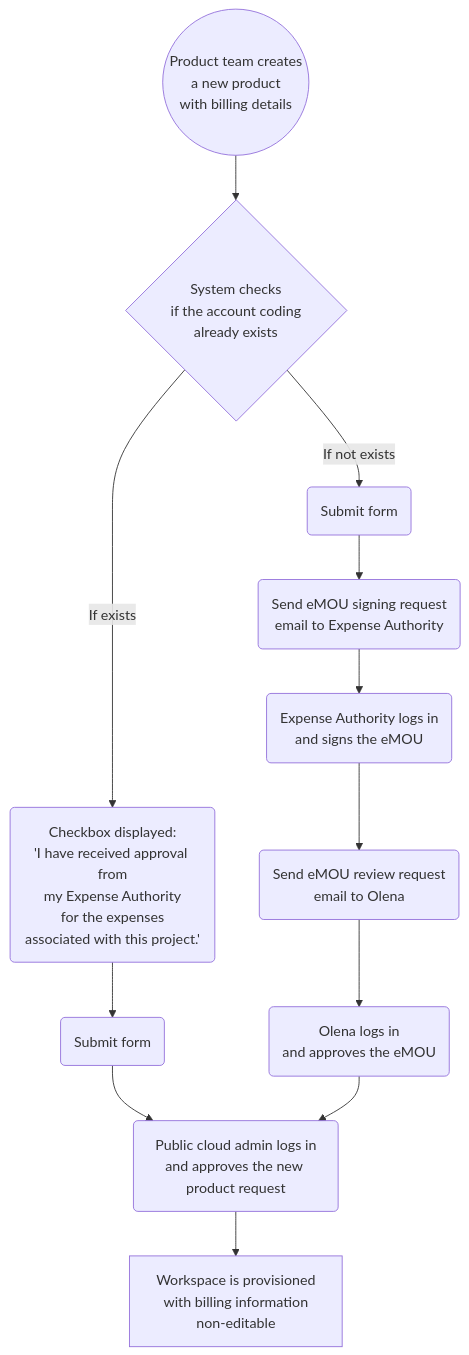
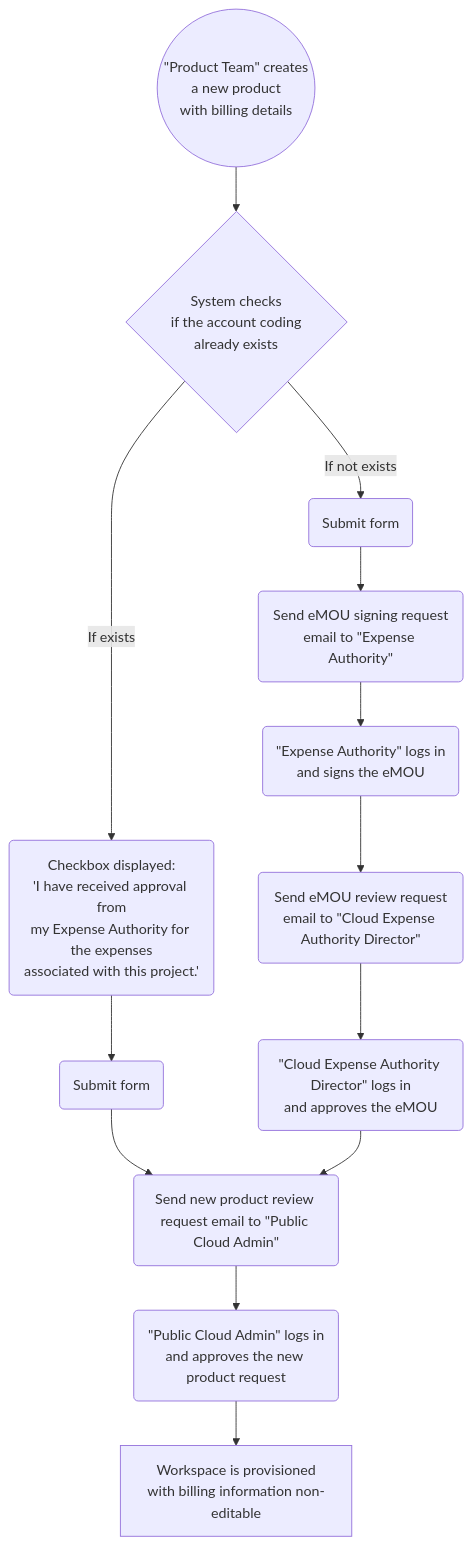
One commit to bcgov/platform-services-registry changed the diagram in docs/emou-workflow.md. Above: the diagram before and after it, drawn with Mermaid.

Commit message:
chore(3502): update eMOU diagram

````diff
--- a/docs/emou-workflow.md
+++ b/docs/emou-workflow.md
@@ -3,15 +3,16 @@
 ```mermaid
 flowchart TB
-    A((Product team creates<br>a new product<br>with billing details))
+    A((#quot;Product Team#quot; creates<br>a new product<br>with billing details))
     A --> B{System checks<br>if the account coding<br>already exists}
-    B -->|If exists| B1A(Checkbox displayed:<br>'I have received approval from<br>my Expense Authority<br>for the expenses<br>associated with this project.')
+    B -->|If exists| B1A(Checkbox displayed:<br>'I have received approval from<br>my Expense Authority for the expenses<br>associated with this project.')
     B1A --> B1B(Submit form)
     B1B --> C
     B -->|If not exists| B2A(Submit form)
-    B2A --> B2B(Send eMOU signing request<br>email to Expense Authority)
-    B2B --> B2C(Expense Authority logs in<br>and signs the eMOU)
-    B2C --> B2D(Send eMOU review request<br>email to Olena)
-    B2D --> B2E(Olena logs in<br>and approves the eMOU)
-    B2E --> C(Public cloud admin logs in<br>and approves the new product request)
-    C --> D[Workspace is provisioned<br>with billing information<br>non-editable]
+    B2A --> B2B(Send eMOU signing request<br>email to #quot;Expense Authority#quot;)
+    B2B --> B2C(#quot;Expense Authority#quot; logs in<br>and signs the eMOU)
+    B2C --> B2D(Send eMOU review request<br>email to #quot;Cloud Expense Authority Director#quot;)
+    B2D --> B2E(#quot;Cloud Expense Authority Director#quot; logs in<br>and approves the eMOU)
+    B2E --> C(Send new product review request email to #quot;Public Cloud Admin#quot;)
+    C --> D(#quot;Public Cloud Admin#quot; logs in<br>and approves the new product request)
+    D --> E[Workspace is provisioned<br>with billing information non-editable]
 ```
````
